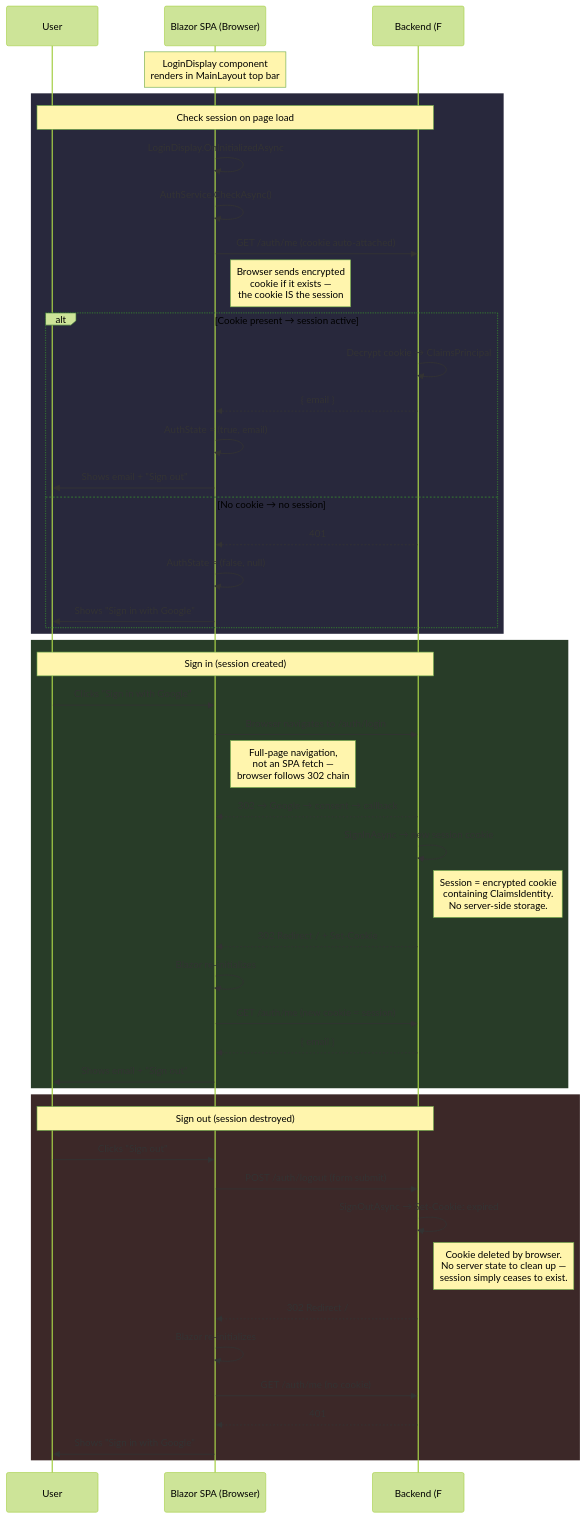
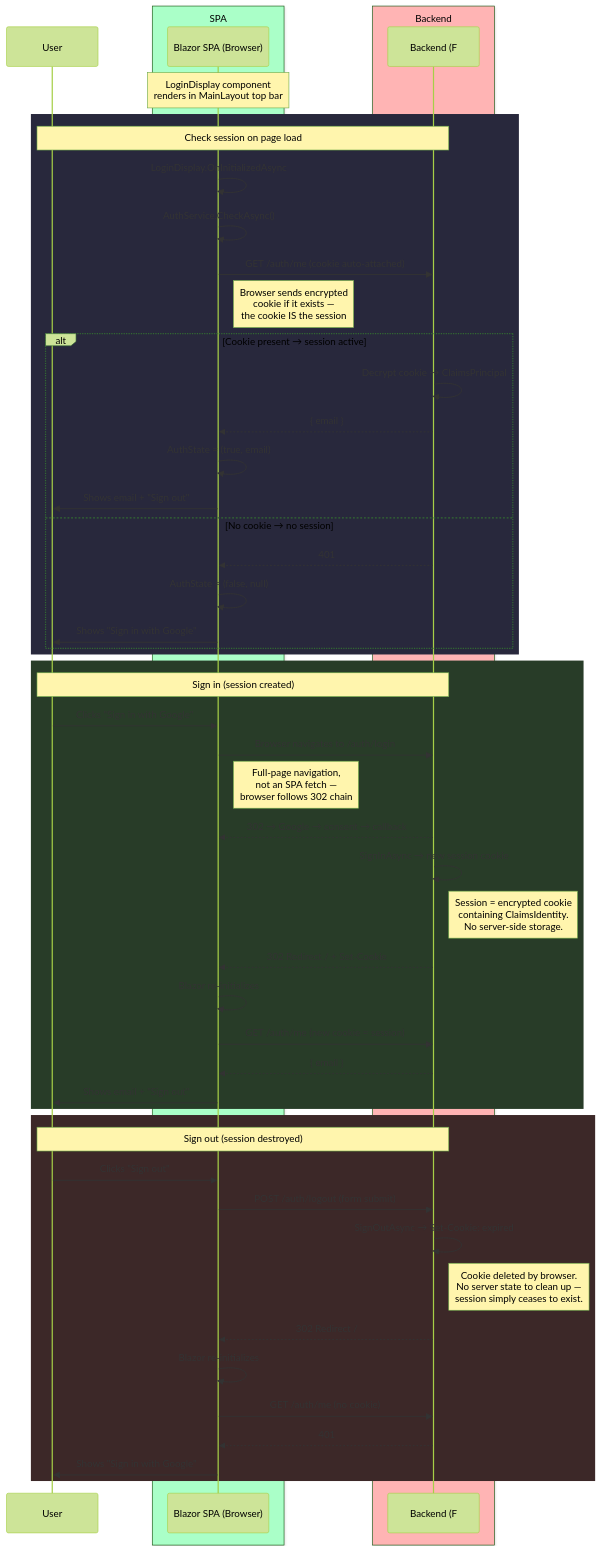
One commit to jagasafari/longevity changed the third of 3 diagrams in longevity-frontend/README.md. Above: the diagram before and after it, drawn with Mermaid (forest theme). The commit also changed other lines of this file and 3 other files, not shown here.

````diff
--- a/longevity-frontend/README.md
+++ b/longevity-frontend/README.md
@@ -90,58 +96,62 @@
 ```mermaid
 sequenceDiagram
     participant User
+    box rgb(170,255,200) SPA
     participant SPA as Blazor SPA (Browser)
+    end
+    box rgb(255,180,180) Backend
     participant BE as Backend (F# API)
+    end
 
     Note over SPA: LoginDisplay component<br/>renders in MainLayout top bar
 
     rect rgb(40, 40, 60)
     Note over User,BE: Check session on page load
 
     SPA->>SPA: LoginDisplay.OnInitializedAsync
     SPA->>SPA: AuthService.CheckAsync()
     SPA->>BE: GET /auth/me (cookie auto-attached)
     Note right of SPA: Browser sends encrypted<br/>cookie if it exists —<br/>the cookie IS the session
 
     alt Cookie present → session active
         BE->>BE: Decrypt cookie → ClaimsPrincipal
         BE-->>SPA: { email }
         SPA->>SPA: AuthState = (true, email)
         SPA->>User: Shows email + "Sign out"
     else No cookie → no session
         BE-->>SPA: 401
         SPA->>SPA: AuthState = (false, null)
         SPA->>User: Shows "Sign in with Google"
     end
     end
 
     rect rgb(40, 60, 40)
     Note over User,BE: Sign in (session created)
 
     User->>SPA: Clicks "Sign in with Google"
     SPA->>BE: Browser navigates to /auth/login
     Note right of SPA: Full-page navigation,<br/>not an SPA fetch —<br/>browser follows 302 chain
     BE-->>SPA: 302 → Google → consent → callback
     BE->>BE: SignInAsync → new session cookie
     Note right of BE: Session = encrypted cookie<br/>containing ClaimsIdentity.<br/>No server-side storage.
     BE-->>SPA: 302 Redirect / + Set-Cookie
     SPA->>SPA: Blazor re-initializes
     SPA->>BE: GET /auth/me (new cookie = session)
     BE-->>SPA: { email }
     SPA->>User: Shows email + "Sign out"
     end
 
     rect rgb(60, 40, 40)
     Note over User,BE: Sign out (session destroyed)
 
     User->>SPA: Clicks "Sign out"
     SPA->>BE: POST /auth/logout (form submit)
     BE->>BE: SignOutAsync → Set-Cookie: expired
     Note right of BE: Cookie deleted by browser.<br/>No server state to clean up —<br/>session simply ceases to exist.
     BE-->>SPA: 302 Redirect /
     SPA->>SPA: Blazor re-initializes
     SPA->>BE: GET /auth/me (no cookie)
     BE-->>SPA: 401
     SPA->>User: Shows "Sign in with Google"
     end
 ```
````
